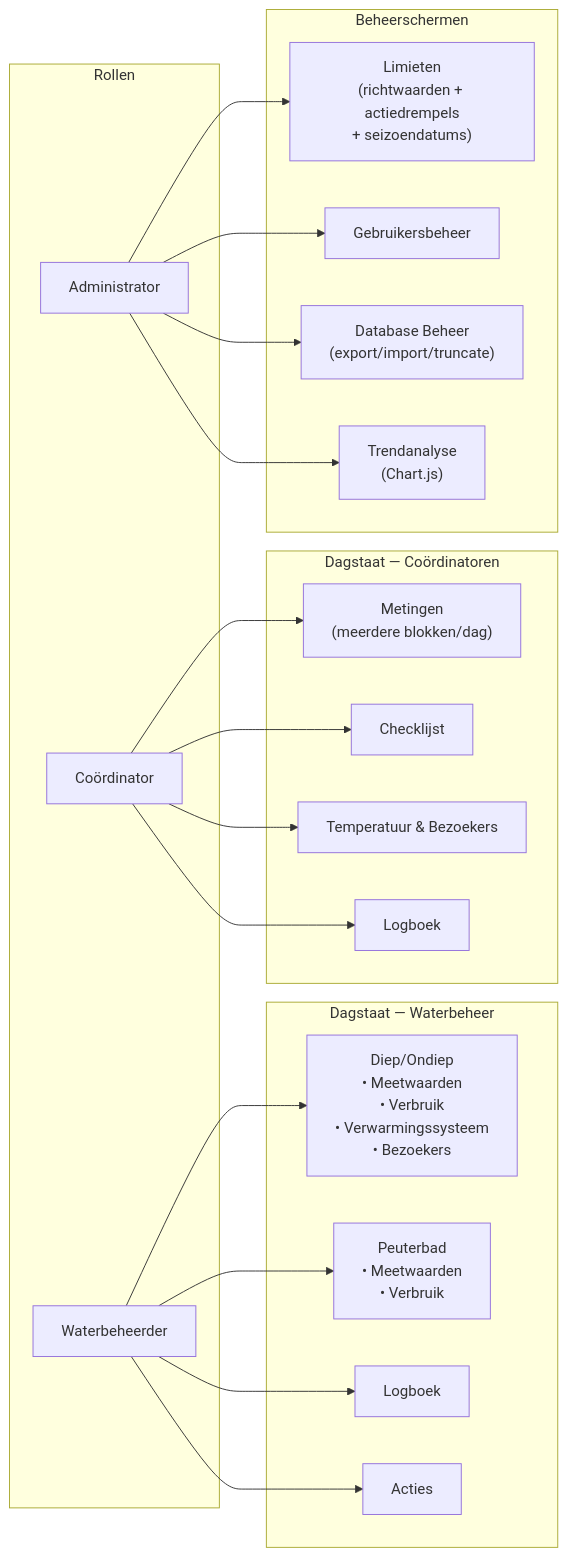
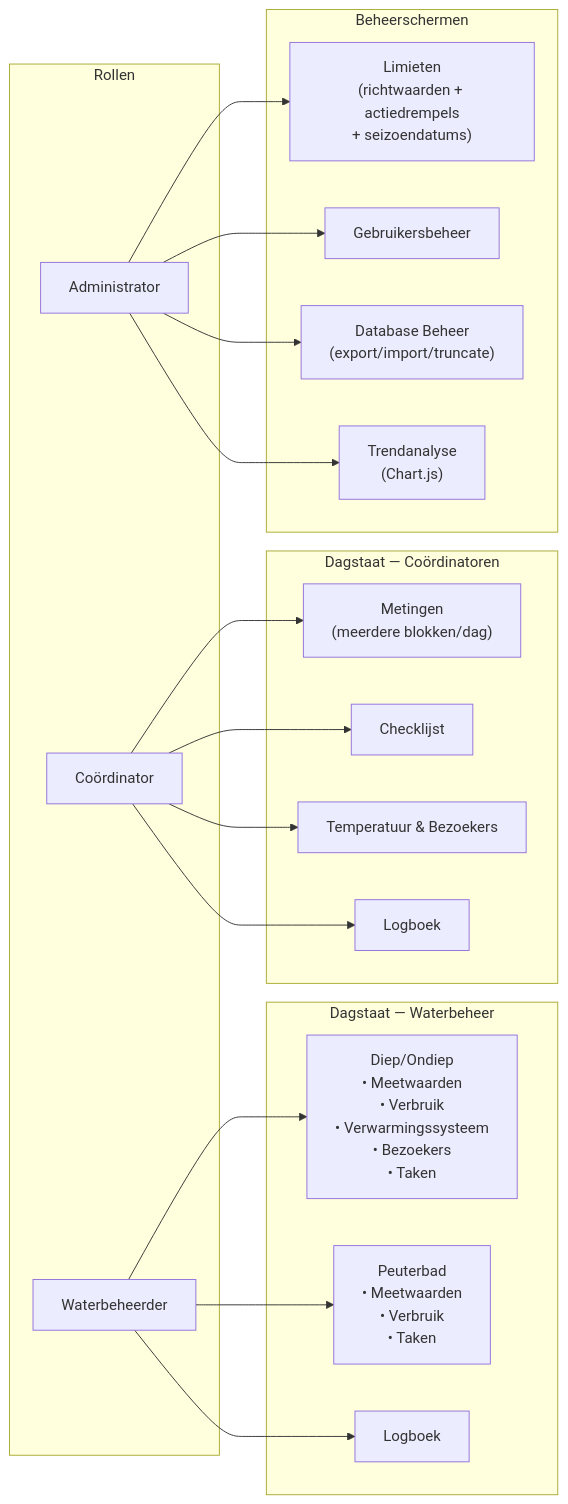
One commit to pjgheijmans/NewSiteWaterbeheerDeBercken changed the third of 3 diagrams in docs/architecture.md. Above: the diagram before and after it, drawn with Mermaid. The commit also changed other lines of this file and 7 other files, not shown here.

First line of the commit message:
docs: reflect unified Taken (rondetaken + acties) structure

````diff
--- a/docs/architecture.md
+++ b/docs/architecture.md
@@ -118,33 +118,32 @@
 ```mermaid
 graph LR
     subgraph Rollen
         WB["Waterbeheerder"]
         CO["Coördinator"]
         AD["Administrator"]
     end
 
     subgraph WB_Tab["Dagstaat — Waterbeheer"]
-        WB1["Diep/Ondiep\n• Meetwaarden\n• Verbruik\n• Verwarmingssysteem\n• Bezoekers"]
-        WB2["Peuterbad\n• Meetwaarden\n• Verbruik"]
+        WB1["Diep/Ondiep\n• Meetwaarden\n• Verbruik\n• Verwarmingssysteem\n• Bezoekers\n• Taken"]
+        WB2["Peuterbad\n• Meetwaarden\n• Verbruik\n• Taken"]
         WB3["Logboek"]
-        WB4["Acties"]
     end
 
     subgraph CO_Tab["Dagstaat — Coördinatoren"]
         CO1["Metingen\n(meerdere blokken/dag)"]
         CO2["Checklijst"]
         CO3["Temperatuur & Bezoekers"]
         CO4["Logboek"]
     end
 
     subgraph AD_Tab["Beheerschermen"]
         AD1["Limieten\n(richtwaarden + actiedrempels\n+ seizoendatums)"]
         AD2["Gebruikersbeheer"]
         AD3["Database Beheer\n(export/import/truncate)"]
         AD4["Trendanalyse\n(Chart.js)"]
     end
 
-    WB --> WB1 & WB2 & WB3 & WB4
+    WB --> WB1 & WB2 & WB3
     CO --> CO1 & CO2 & CO3 & CO4
     AD --> AD1 & AD2 & AD3 & AD4
 ```
````
